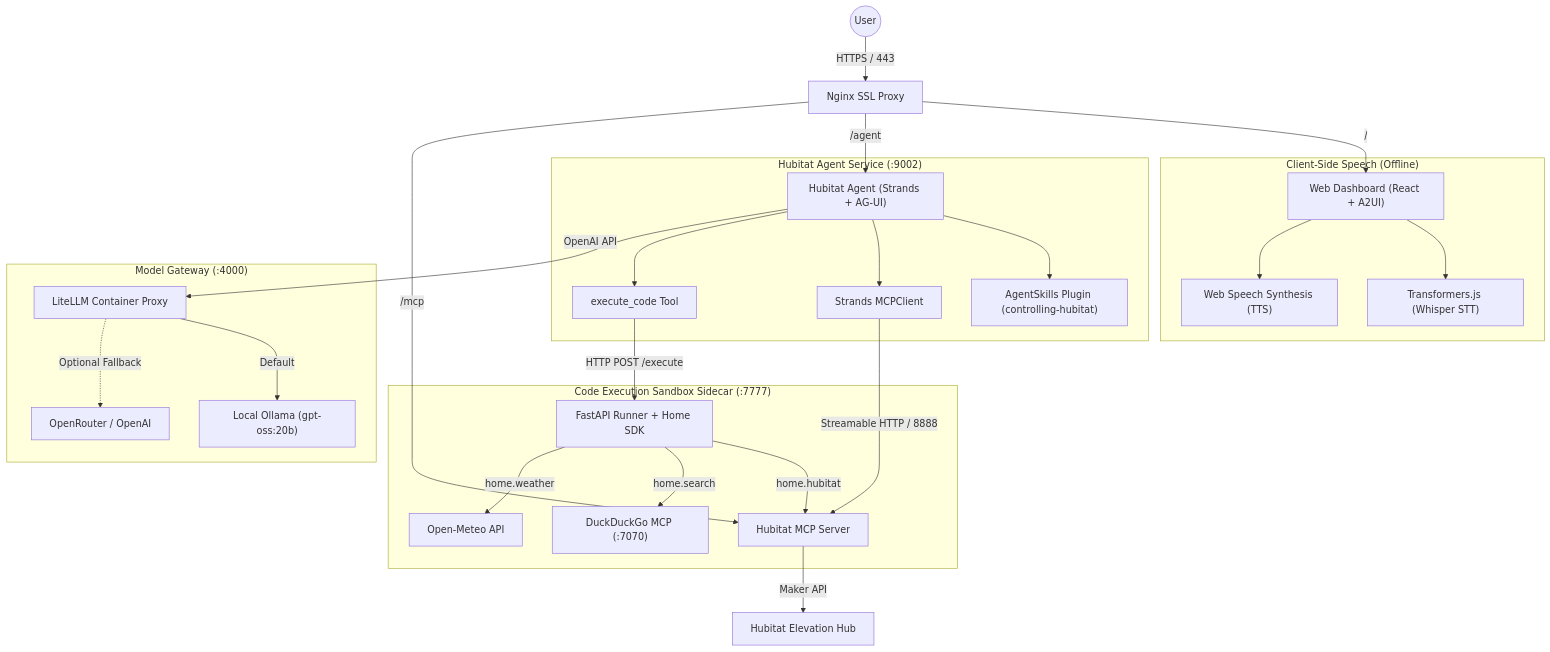
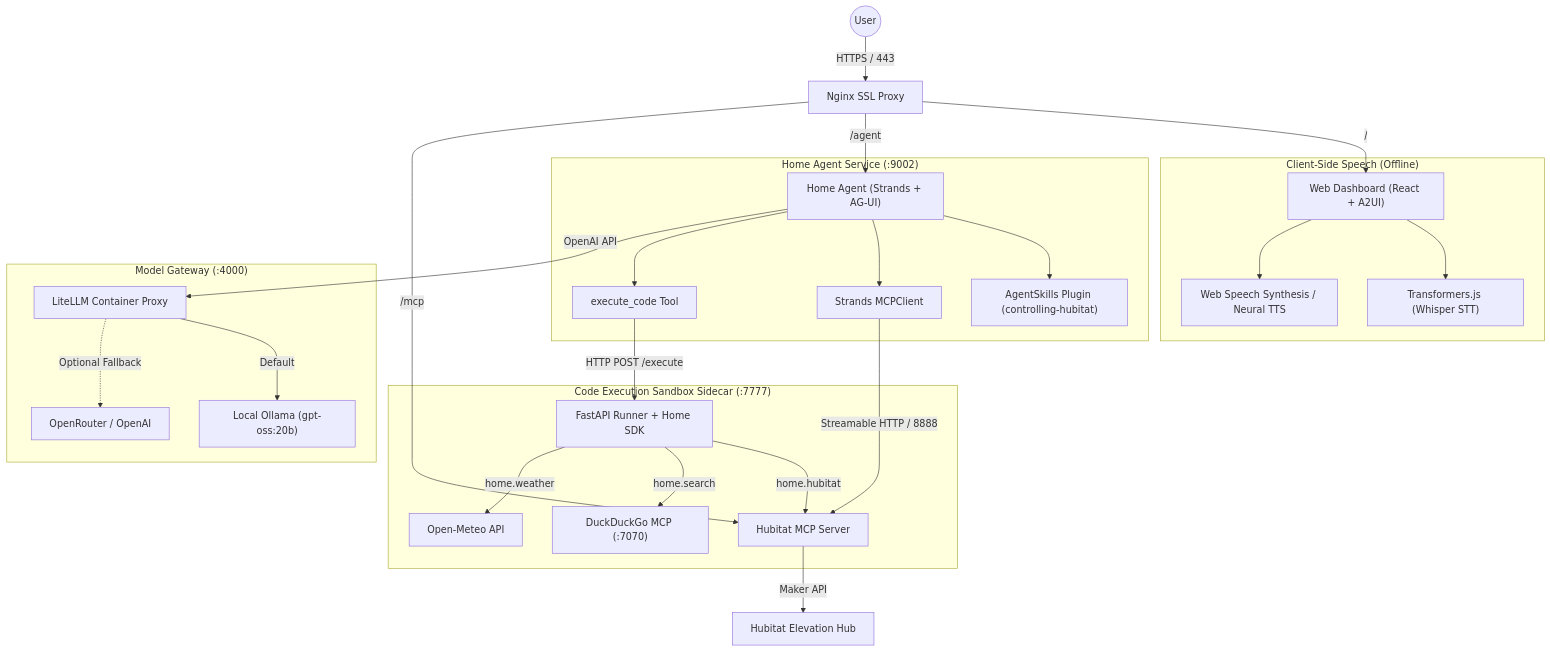
One commit to coatsnmore/home-agent changed the diagram in AGENTS.md. Above: the diagram before and after it, drawn with Mermaid. The commit also changed other lines of this file and 39 other files, not shown here.

Commit message:
added piper service for better tts; added telemetry service to capture tool calls and erorrs; renamed hubitat stuff to generic home agent; removed duplicate docker compose file;

````diff
--- a/AGENTS.md
+++ b/AGENTS.md
@@ -11,34 +11,34 @@
 ```mermaid
 graph TD
     User((User)) -->|HTTPS / 443| Nginx[Nginx SSL Proxy]
     Nginx -->|/ | WebUI["Web Dashboard (React + A2UI)"]
-    Nginx -->|/agent| HubitatAgent["Hubitat Agent (Strands + AG-UI)"]
+    Nginx -->|/agent| HomeAgent["Home Agent (Strands + AG-UI)"]
     Nginx -->|/mcp| HubitatMCP["Hubitat MCP Server"]
 
     subgraph "Client-Side Speech (Offline)"
         WebUI --> LocalWhisper["Transformers.js (Whisper STT)"]
-        WebUI --> SpeechSynth["Web Speech Synthesis (TTS)"]
+        WebUI --> SpeechSynth["Web Speech Synthesis / Neural TTS"]
     end
 
-    subgraph "Hubitat Agent Service (:9002)"
-        HubitatAgent --> SkillsPlugin["AgentSkills Plugin (controlling-hubitat)"]
-        HubitatAgent --> MCPClient["Strands MCPClient"]
-        HubitatAgent --> CodeTool["execute_code Tool"]
+    subgraph "Home Agent Service (:9002)"
+        HomeAgent --> SkillsPlugin["AgentSkills Plugin (controlling-hubitat)"]
+        HomeAgent --> MCPClient["Strands MCPClient"]
+        HomeAgent --> CodeTool["execute_code Tool"]
     end
 
     subgraph "Code Execution Sandbox Sidecar (:7777)"
         CodeTool -->|HTTP POST /execute| Sandbox["FastAPI Runner + Home SDK"]
         Sandbox -->|home.hubitat| HubitatMCP
         Sandbox -->|home.search| DDGMCP["DuckDuckGo MCP (:7070)"]
         Sandbox -->|home.weather| WeatherAPI["Open-Meteo API"]
     end
 
     MCPClient -->|Streamable HTTP / 8888| HubitatMCP
     HubitatMCP -->|Maker API| HubitatHub["Hubitat Elevation Hub"]
 
     subgraph "Model Gateway (:4000)"
-        HubitatAgent -->|OpenAI API| LiteLLM["LiteLLM Container Proxy"]
+        HomeAgent -->|OpenAI API| LiteLLM["LiteLLM Container Proxy"]
         LiteLLM -->|Default| OllamaLocal["Local Ollama (gpt-oss:20b)"]
         LiteLLM -.->|Optional Fallback| CloudModels["OpenRouter / OpenAI"]
     end
 ```
````
